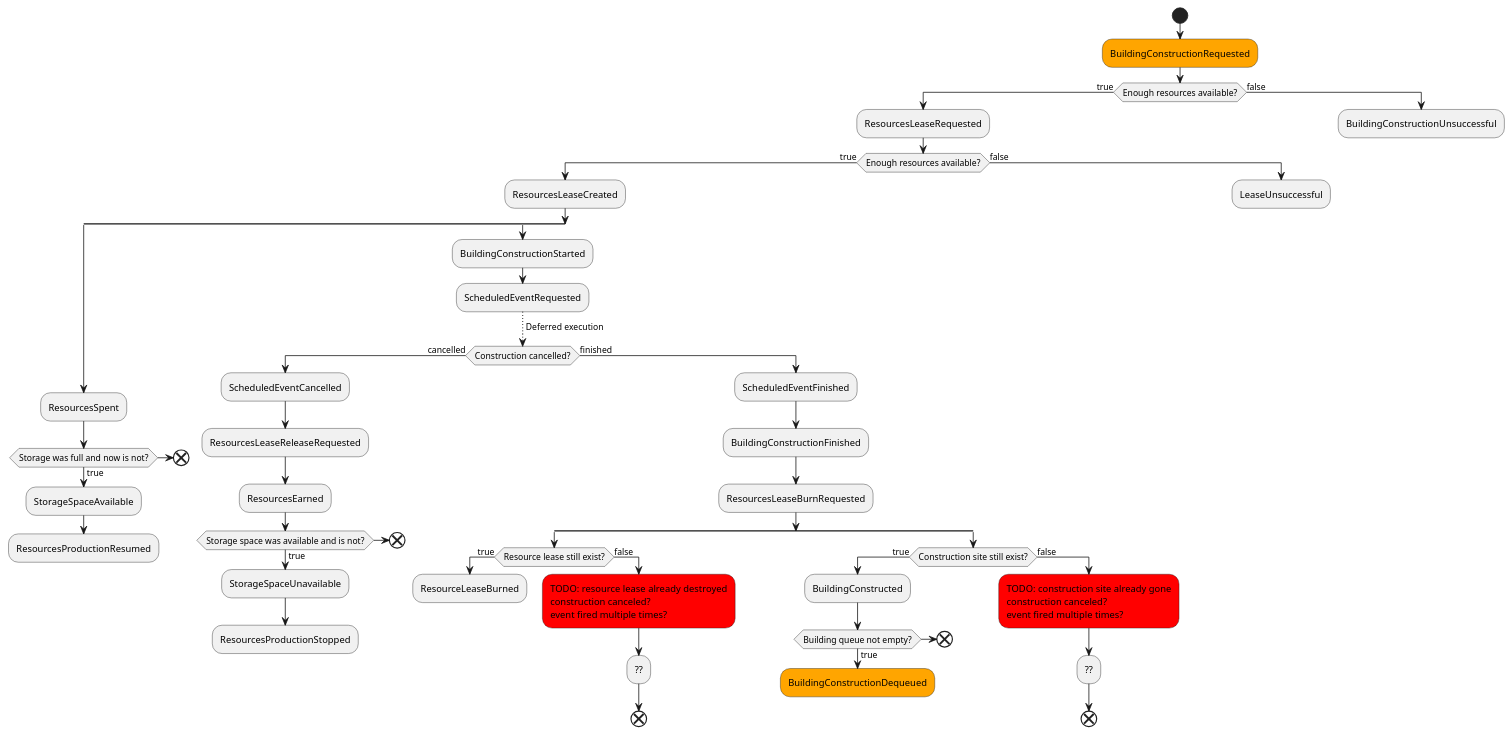
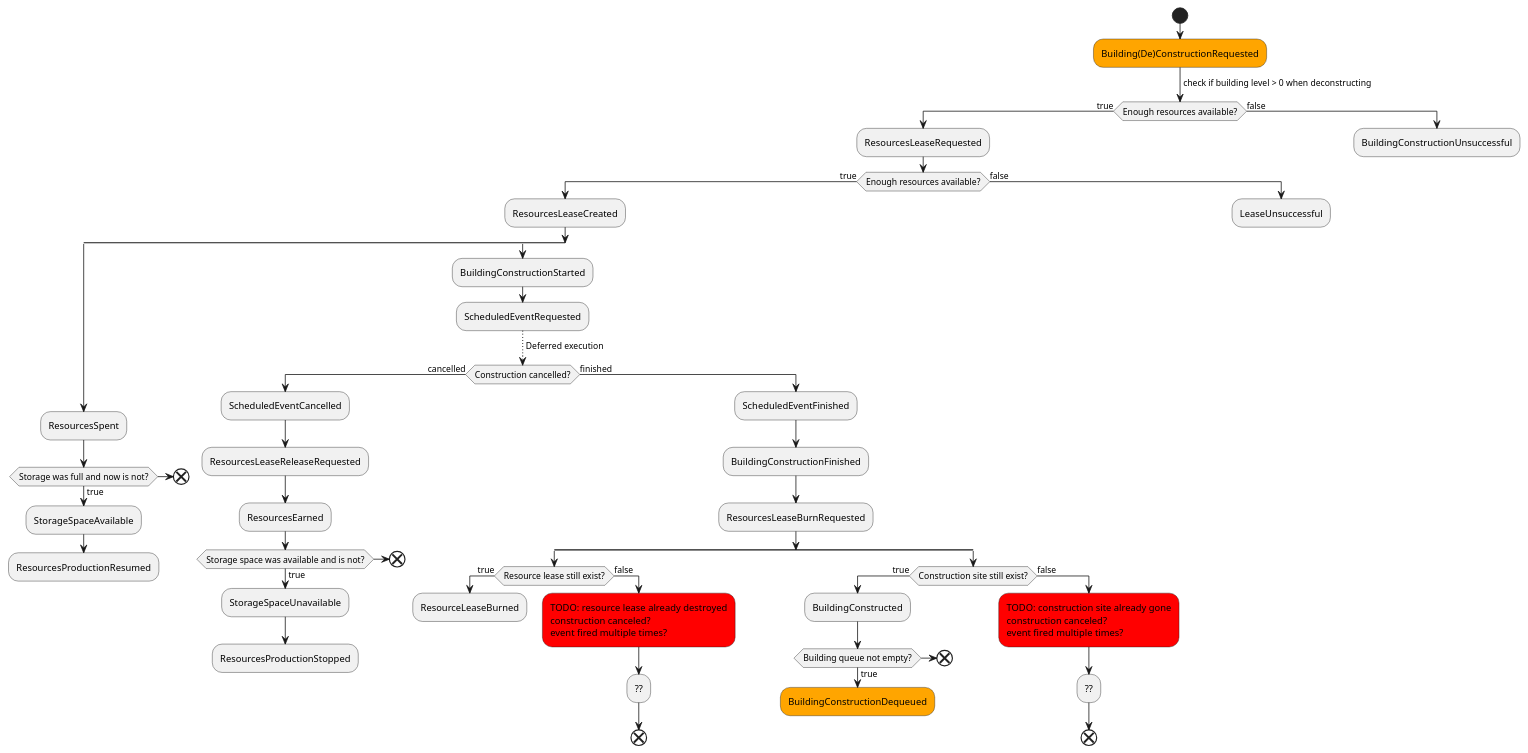
Before and after one commit to tomekbielaszewski/ogame-clone: the diagram in docs/building-construction-flow.puml, drawn with PlantUML.

Commit message:
diagram - construction flow now shares same logic as deconstruction

```diff
--- a/docs/building-construction-flow.puml
+++ b/docs/building-construction-flow.puml
@@ -1,81 +1,81 @@
 @startuml
 
 start
 
-#orange:BuildingConstructionRequested;
-
+#orange:Building(De)ConstructionRequested;
+-> check if building level > 0 when deconstructing;
 if (Enough resources available?) then (true)
     :ResourcesLeaseRequested;
     if (Enough resources available?) then (true)
         :ResourcesLeaseCreated;
         split
             :ResourcesSpent;
             if(Storage was full and now is not?) then (true)
                 :StorageSpaceAvailable;
                 :ResourcesProductionResumed;
                 detach
             else
                 end
             endif
         split again
             :BuildingConstructionStarted;
             :ScheduledEventRequested;
             -[dotted]-> Deferred execution;
             if(Construction cancelled?) then (cancelled)
                 :ScheduledEventCancelled;
                 :ResourcesLeaseReleaseRequested;
                 :ResourcesEarned;
                 if(Storage space was available and is not?) then (true)
                     :StorageSpaceUnavailable;
                     :ResourcesProductionStopped;
                     detach
                 else
                     end
                 endif
             else (finished)
                 :ScheduledEventFinished;
                 :BuildingConstructionFinished;
                 :ResourcesLeaseBurnRequested;
                 split
                     if (Resource lease still exist?) then (true)
                         :ResourceLeaseBurned;
                         detach
                     else (false)
                         #red:TODO: resource lease already destroyed
                         construction canceled?
                         event fired multiple times?;
                         :??;
                         end
                     endif
                 split again
                     if (Construction site still exist?) then (true)
                         :BuildingConstructed;
                         if (Building queue not empty?) then (true)
                             #orange:BuildingConstructionDequeued;
                             detach
                         else
                             end
                         endif
                     else (false)
                         #red:TODO: construction site already gone
                         construction canceled?
                         event fired multiple times?;
                         :??;
                         end
                     endif
                 end split
             endif
         end split
     else (false)
         :LeaseUnsuccessful;
         detach
     endif
 else (false)
     :BuildingConstructionUnsuccessful;
     detach
 endif
 
 
 
 
 @enduml
```
